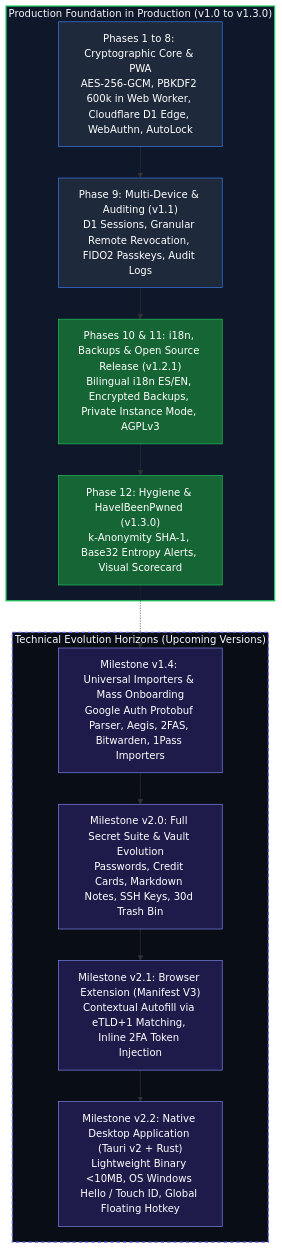
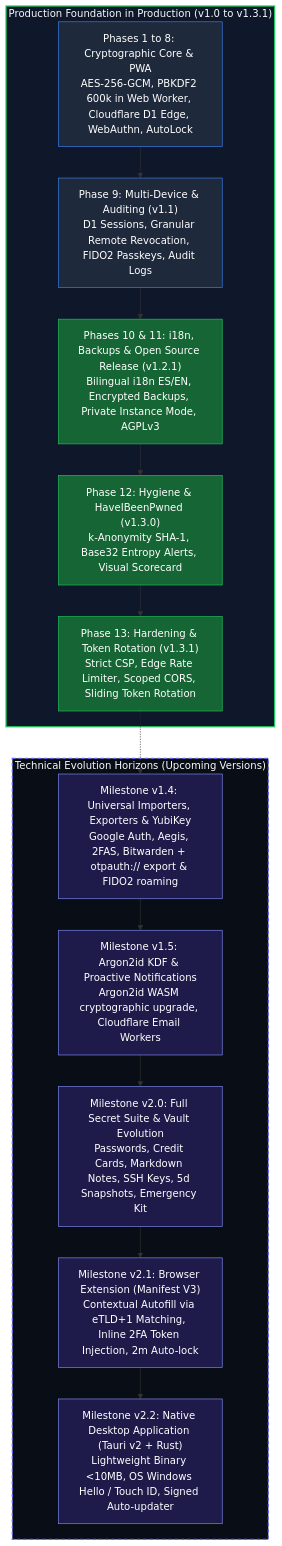
One commit to Revolt-Group/revolt-pass changed the diagram in docs/en/05-ROADMAP.md. Above: the diagram before and after it, drawn with Mermaid. The commit also changed other lines of this file and 16 other files, not shown here.

Commit message:
feat(security): release v1.3.1 edge security hardening and session token rotation

````diff
--- a/docs/en/05-ROADMAP.md
+++ b/docs/en/05-ROADMAP.md
@@ -22,29 +22,33 @@
 ```mermaid
 flowchart TD
-    subgraph COMPLETADAS ["Production Foundation in Production (v1.0 to v1.3.0)"]
+    subgraph COMPLETADAS ["Production Foundation in Production (v1.0 to v1.3.1)"]
         v10["Phases 1 to 8: Cryptographic Core & PWA<br/>AES-256-GCM, PBKDF2 600k in Web Worker, Cloudflare D1 Edge, WebAuthn, AutoLock"]
         v11["Phase 9: Multi-Device & Auditing (v1.1)<br/>D1 Sessions, Granular Remote Revocation, FIDO2 Passkeys, Audit Logs"]
         v12["Phases 10 & 11: i18n, Backups & Open Source Release (v1.2.1)<br/>Bilingual i18n ES/EN, Encrypted Backups, Private Instance Mode, AGPLv3"]
         v13["Phase 12: Hygiene & HaveIBeenPwned (v1.3.0)<br/>k-Anonymity SHA-1, Base32 Entropy Alerts, Visual Scorecard"]
-        v10 --> v11 --> v12 --> v13
+        v131["Phase 13: Hardening & Token Rotation (v1.3.1)<br/>Strict CSP, Edge Rate Limiter, Scoped CORS, Sliding Token Rotation"]
+        v10 --> v11 --> v12 --> v13 --> v131
     end
 
     subgraph PROXIMAS ["Technical Evolution Horizons (Upcoming Versions)"]
-        v14["Milestone v1.4: Universal Importers & Mass Onboarding<br/>Google Auth Protobuf Parser, Aegis, 2FAS, Bitwarden, 1Pass Importers"]
-        v20["Milestone v2.0: Full Secret Suite & Vault Evolution<br/>Passwords, Credit Cards, Markdown Notes, SSH Keys, 30d Trash Bin"]
-        v21["Milestone v2.1: Browser Extension (Manifest V3)<br/>Contextual Autofill via eTLD+1 Matching, Inline 2FA Token Injection"]
-        v22["Milestone v2.2: Native Desktop Application (Tauri v2 + Rust)<br/>Lightweight Binary <10MB, OS Windows Hello / Touch ID, Global Floating Hotkey"]
-        v13 -.-> v14 --> v20 --> v21 --> v22
+        v14["Milestone v1.4: Universal Importers, Exporters & YubiKey<br/>Google Auth, Aegis, 2FAS, Bitwarden + otpauth:// export & FIDO2 roaming"]
+        v15["Milestone v1.5: Argon2id KDF & Proactive Notifications<br/>Argon2id WASM cryptographic upgrade, Cloudflare Email Workers"]
+        v20["Milestone v2.0: Full Secret Suite & Vault Evolution<br/>Passwords, Credit Cards, Markdown Notes, SSH Keys, 5d Snapshots, Emergency Kit"]
+        v21["Milestone v2.1: Browser Extension (Manifest V3)<br/>Contextual Autofill via eTLD+1 Matching, Inline 2FA Token Injection, 2m Auto-lock"]
+        v22["Milestone v2.2: Native Desktop Application (Tauri v2 + Rust)<br/>Lightweight Binary <10MB, OS Windows Hello / Touch ID, Signed Auto-updater"]
+        v131 -.-> v14 --> v15 --> v20 --> v21 --> v22
     end
 
     style COMPLETADAS fill:#0f172a,stroke:#22c55e,stroke-width:2px,color:#f8fafc
     style PROXIMAS fill:#090d16,stroke:#6366f1,stroke-width:2px,stroke-dasharray: 5 5,color:#f8fafc
     style v10 fill:#1e293b,stroke:#3b82f6,color:#fff
     style v11 fill:#1e293b,stroke:#3b82f6,color:#fff
     style v12 fill:#166534,stroke:#22c55e,color:#fff
     style v13 fill:#166534,stroke:#22c55e,color:#fff
+    style v131 fill:#166534,stroke:#22c55e,color:#fff
     style v14 fill:#1e1b4b,stroke:#818cf8,color:#fff
+    style v15 fill:#1e1b4b,stroke:#818cf8,color:#fff
     style v20 fill:#1e1b4b,stroke:#818cf8,color:#fff
     style v21 fill:#1e1b4b,stroke:#818cf8,color:#fff
     style v22 fill:#1e1b4b,stroke:#818cf8,color:#fff
 ```
````
